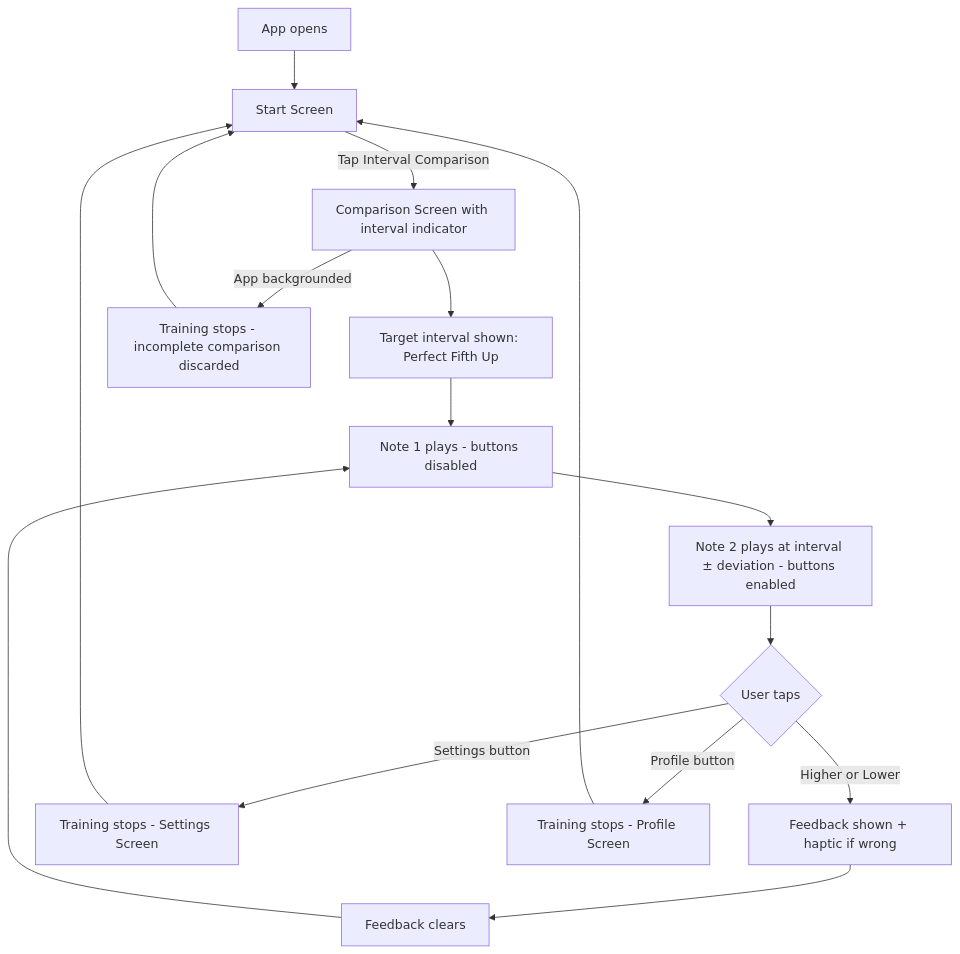
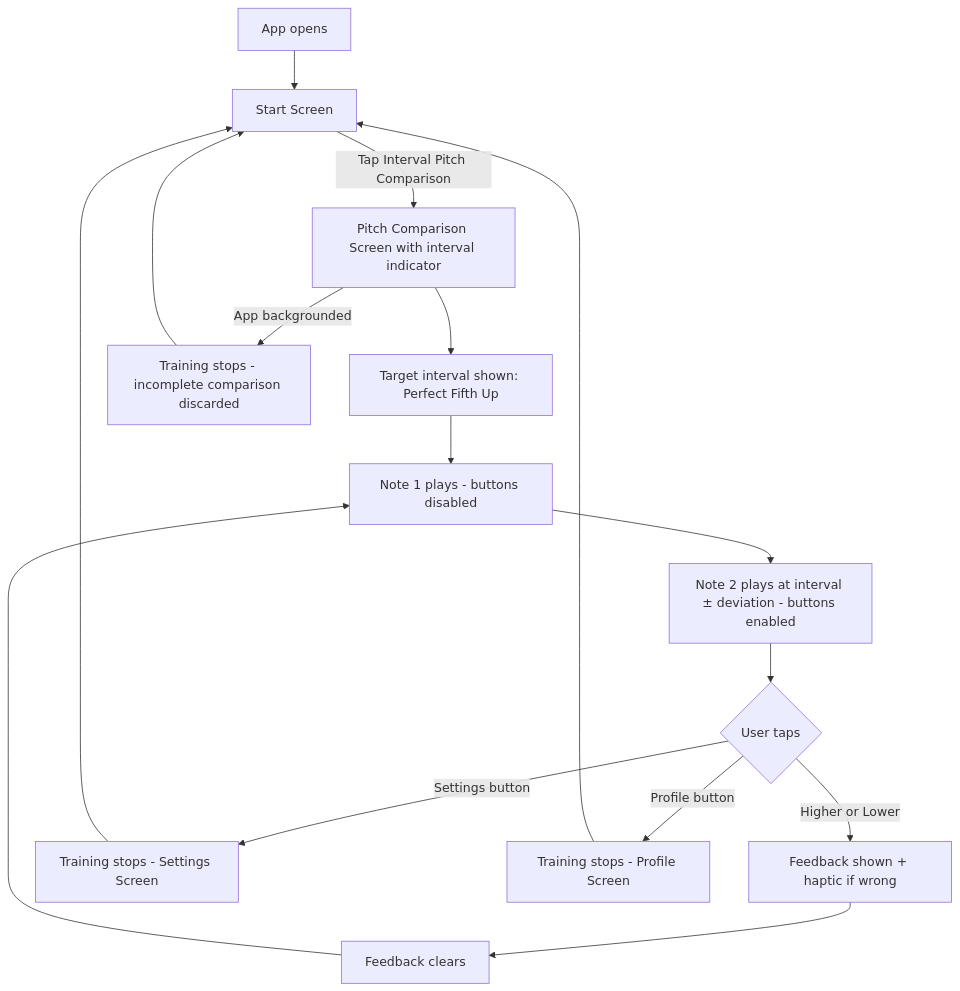
Before and after one commit to mschuerig/peach: the seventh of 8 diagrams in docs/planning-artifacts/ux-design-specification.md, drawn with Mermaid. The commit also changed other lines of this file and 120 other files, not shown here.

First line of the commit message:
Rename Comparison to PitchComparison across entire codebase

````diff
--- a/docs/planning-artifacts/ux-design-specification.md
+++ b/docs/planning-artifacts/ux-design-specification.md
@@ -1525,18 +1525,18 @@
 ```mermaid
 flowchart TD
     A[App opens] --> B[Start Screen]
-    B -->|Tap Interval Comparison| C[Comparison Screen with interval indicator]
+    B -->|Tap Interval Pitch Comparison| C[Pitch Comparison Screen with interval indicator]
     C --> D[Target interval shown: Perfect Fifth Up]
     D --> E[Note 1 plays - buttons disabled]
     E --> F[Note 2 plays at interval ± deviation - buttons enabled]
     F --> G{User taps}
     G -->|Higher or Lower| H[Feedback shown + haptic if wrong]
     H --> I[Feedback clears]
     I --> E
     G -->|Settings button| J[Training stops - Settings Screen]
     G -->|Profile button| K[Training stops - Profile Screen]
     J --> B
     K --> B
     C -->|App backgrounded| L[Training stops - incomplete comparison discarded]
     L --> B
 ```
````
